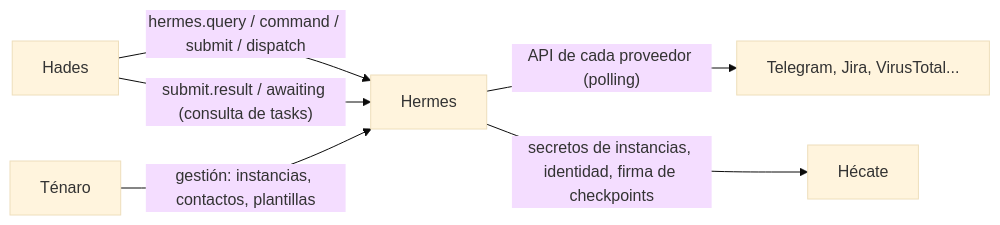
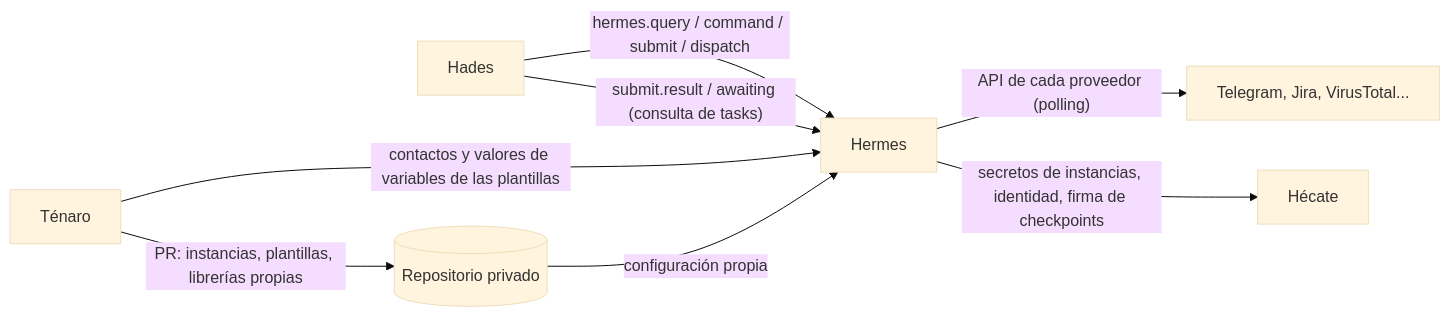
The first of 4 diagrams in docs/hermes.md (xandro30/Cerbero), drawn with Mermaid (base theme) before and after one commit. The commit also changed other lines of this file and 57 other files, not shown here.

````diff
--- a/docs/hermes.md
+++ b/docs/hermes.md
@@ -27,8 +27,10 @@
 ```mermaid
 flowchart LR
     Hades -- "hermes.query / command / submit / dispatch" --> Hermes
     Hades -- "submit.result / awaiting (consulta de tasks)" --> Hermes
-    Tenaro[Ténaro] -- "gestión: instancias, contactos, plantillas" --> Hermes
+    Tenaro[Ténaro] -- "PR: instancias, plantillas, librerías propias" --> Repo[(Repositorio privado)]
+    Tenaro -- "contactos y valores de variables de las plantillas" --> Hermes
+    Repo -- "configuración propia" --> Hermes
     Hermes -- "API de cada proveedor (polling)" --> Proveedores[Telegram, Jira, VirusTotal...]
     Hermes -- "secretos de instancias, identidad, firma de checkpoints" --> Hecate[Hécate]
 ```
````
